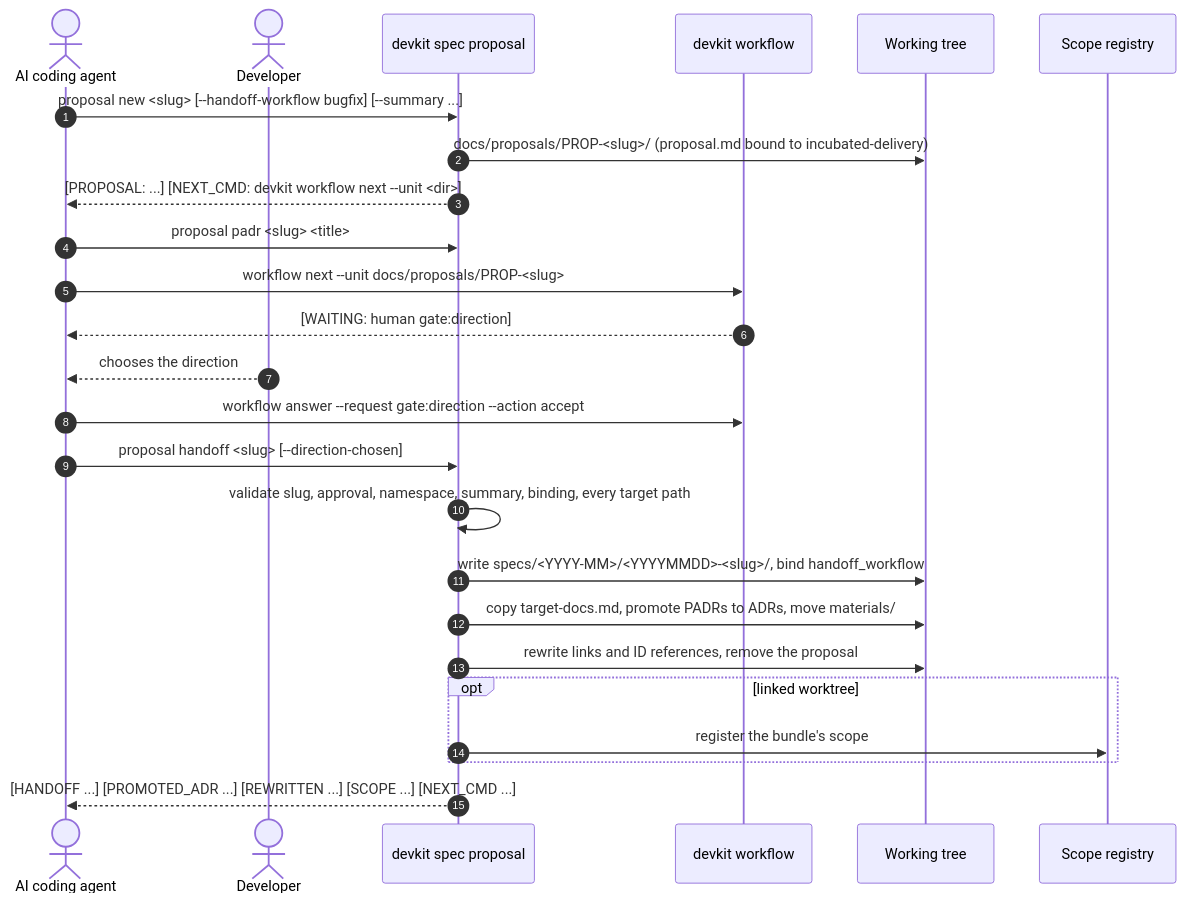
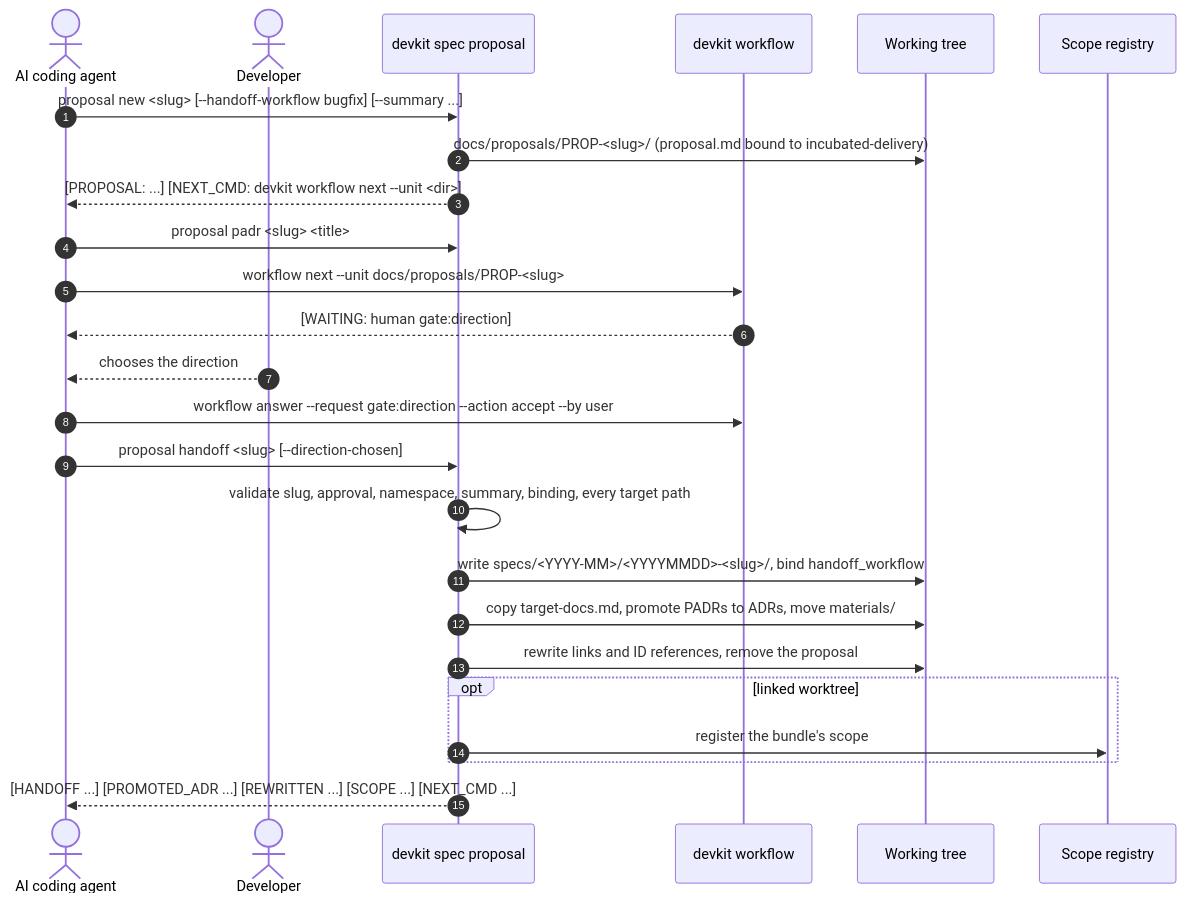
One commit to mjkimR/devkit-spec changed the second of 4 diagrams in docs/architecture/ARCH-06-runtime-view.md. Above: the diagram before and after it, drawn with Mermaid. The commit also changed other lines of this file and 9 other files, not shown here.

Commit message:
docs: update workflow gate recording commands and worktree policy guidelines

````diff
--- a/docs/architecture/ARCH-06-runtime-view.md
+++ b/docs/architecture/ARCH-06-runtime-view.md
@@ -68,28 +68,28 @@
 ```mermaid
 sequenceDiagram
     autonumber
     actor Agent as AI coding agent
     actor User as Developer
     participant Spec as devkit spec proposal
     participant WF as devkit workflow
     participant FS as Working tree
     participant Reg as Scope registry
 
     Agent->>Spec: proposal new <slug> [--handoff-workflow bugfix] [--summary ...]
     Spec->>FS: docs/proposals/PROP-<slug>/ (proposal.md bound to incubated-delivery)
     Spec-->>Agent: [PROPOSAL: ...] [NEXT_CMD: devkit workflow next --unit <dir>]
     Agent->>Spec: proposal padr <slug> <title>
     Agent->>WF: workflow next --unit docs/proposals/PROP-<slug>
     WF-->>Agent: [WAITING: human gate:direction]
     User-->>Agent: chooses the direction
-    Agent->>WF: workflow answer --request gate:direction --action accept
+    Agent->>WF: workflow answer --request gate:direction --action accept --by user
     Agent->>Spec: proposal handoff <slug> [--direction-chosen]
     Spec->>Spec: validate slug, approval, namespace, summary, binding, every target path
     Spec->>FS: write specs/<YYYY-MM>/<YYYYMMDD>-<slug>/, bind handoff_workflow
     Spec->>FS: copy target-docs.md, promote PADRs to ADRs, move materials/
     Spec->>FS: rewrite links and ID references, remove the proposal
     opt linked worktree
         Spec->>Reg: register the bundle's scope
     end
     Spec-->>Agent: [HANDOFF ...] [PROMOTED_ADR ...] [REWRITTEN ...] [SCOPE ...] [NEXT_CMD ...]
 ```
````
